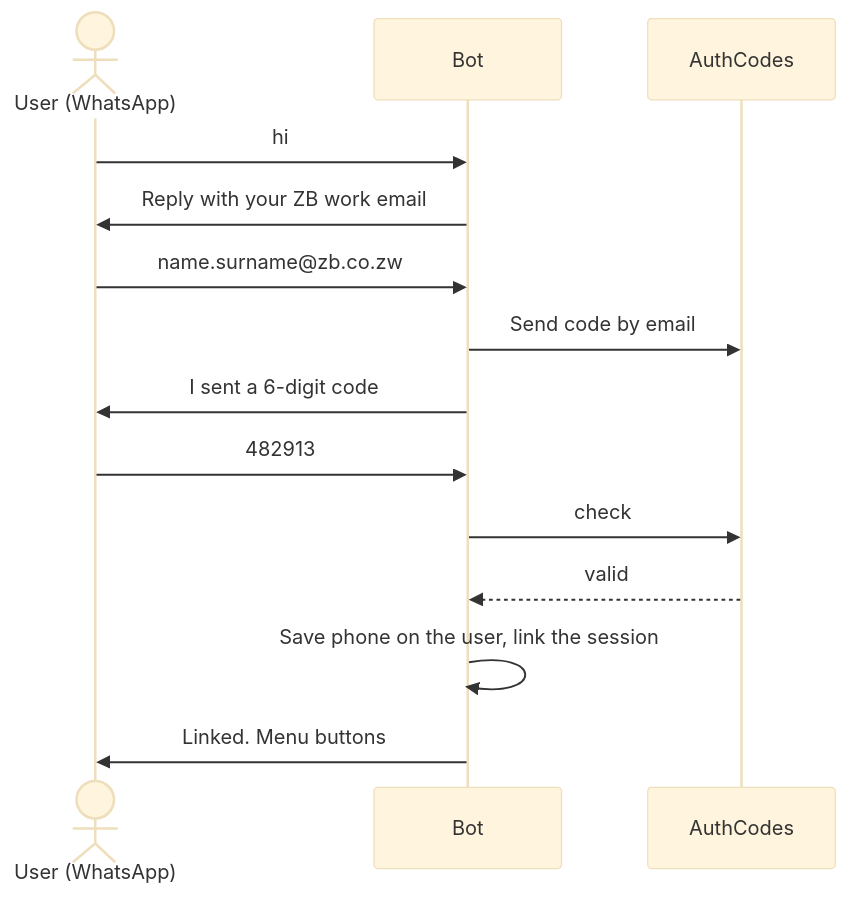
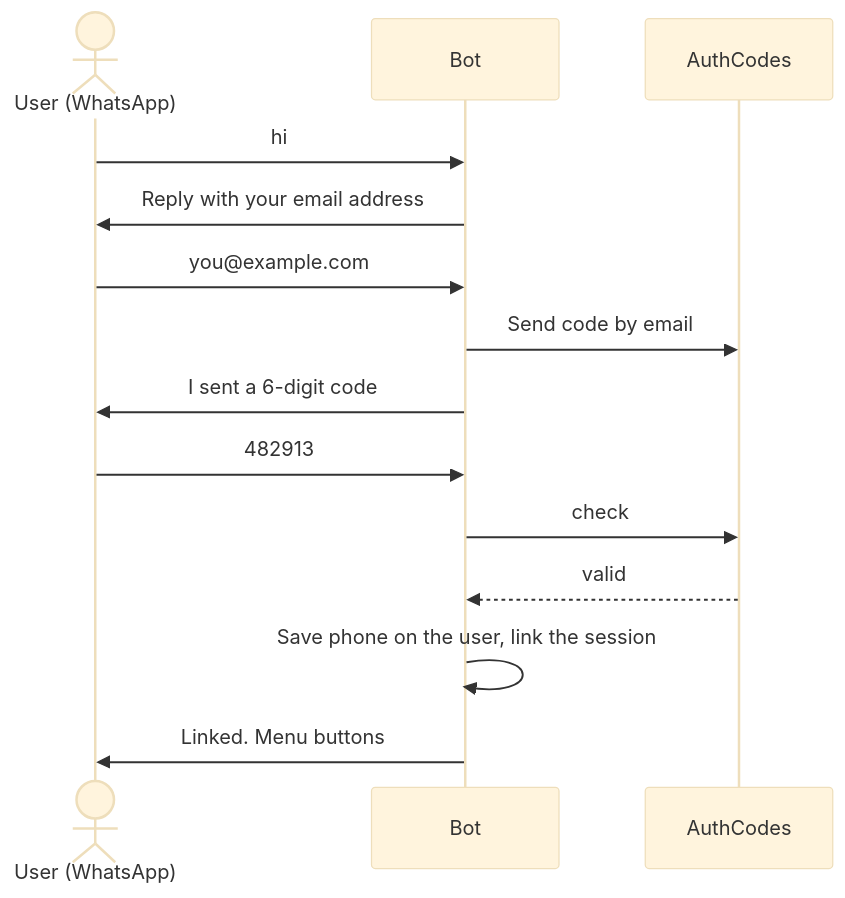
Diagram 12 of 18 in docs/DOCUMENTATION.md (Nqobileee/zb-idea-manager), drawn with Mermaid (base theme) before and after one commit. The commit also changed other lines of this file and 34 other files, not shown here.

````diff
--- a/docs/DOCUMENTATION.md
+++ b/docs/DOCUMENTATION.md
@@ -412,16 +421,16 @@
 ```mermaid
 sequenceDiagram
     actor U as User (WhatsApp)
     participant B as Bot
     participant C as AuthCodes
     U->>B: hi
-    B->>U: Reply with your ZB work email
-    U->>B: name.surname@zb.co.zw
+    B->>U: Reply with your email address
+    U->>B: you@example.com
     B->>C: Send code by email
     B->>U: I sent a 6-digit code
     U->>B: 482913
     B->>C: check
     C-->>B: valid
     B->>B: Save phone on the user, link the session
     B->>U: Linked. Menu buttons
 ```
````
